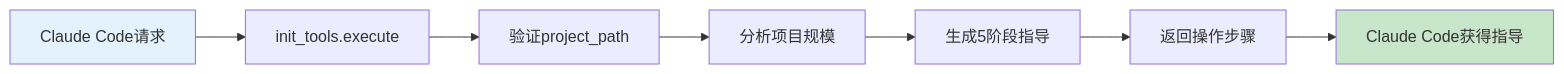
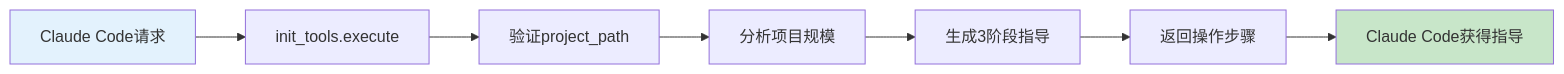
One commit to MGX-LJY/CodeLens changed the seventh of 15 diagrams in docs/architecture/data-flow.md. Above: the diagram before and after it, drawn with Mermaid. The commit also changed other lines of this file and 36 other files, not shown here.

````diff
--- a/docs/architecture/data-flow.md
+++ b/docs/architecture/data-flow.md
@@ -274,12 +321,12 @@
 ```mermaid
 graph LR
     A[Claude Code请求] --> B[init_tools.execute]
     B --> C[验证project_path]
     C --> D[分析项目规模]
-    D --> E[生成5阶段指导]
+    D --> E[生成3阶段指导]
     E --> F[返回操作步骤]
     F --> G[Claude Code获得指导]
     
     style A fill:#e3f2fd
     style G fill:#c8e6c9
 ```
````
